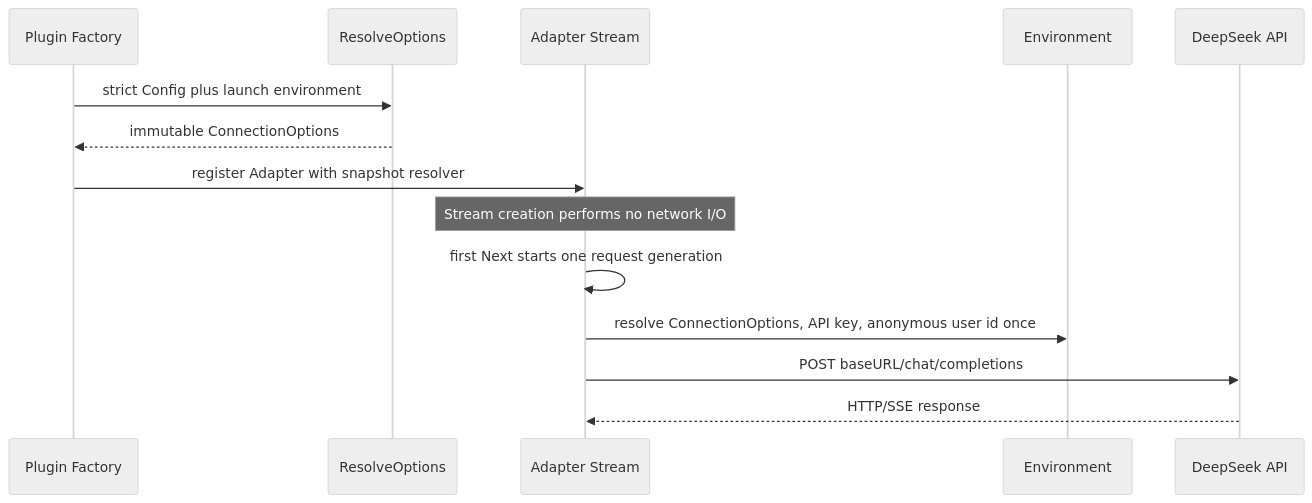
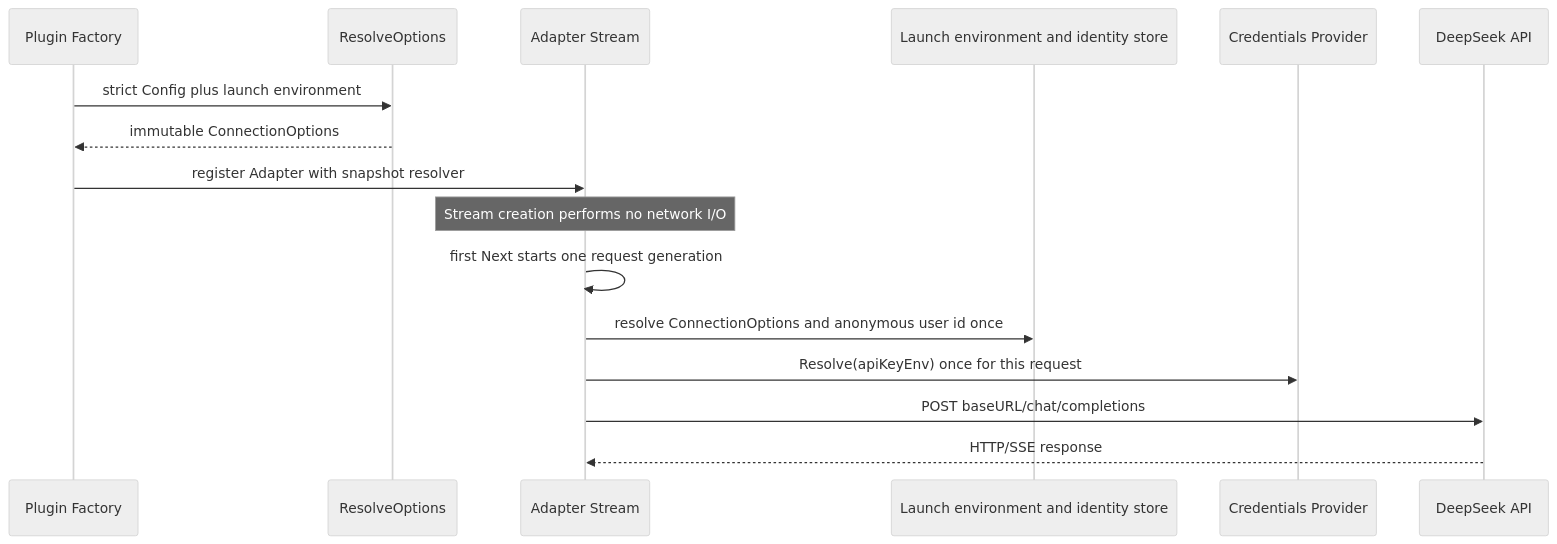
Before and after one commit to gorenx/goren: the second of 4 diagrams in internal/llmdeepseek/README.zh-CN.md, drawn with Mermaid (neutral theme). The commit also changed other lines of this file and 15 other files, not shown here.

Commit message:
docs: define credentials ownership and flow

````diff
--- a/internal/llmdeepseek/README.zh-CN.md
+++ b/internal/llmdeepseek/README.zh-CN.md
@@ -88,17 +89,19 @@
 ```mermaid
 sequenceDiagram
     participant C as Plugin Factory
     participant R as ResolveOptions
     participant A as Adapter Stream
-    participant E as Environment
+    participant E as Launch environment and identity store
+    participant K as Credentials Provider
     participant D as DeepSeek API
 
     C->>R: strict Config plus launch environment
     R-->>C: immutable ConnectionOptions
     C->>A: register Adapter with snapshot resolver
     Note over A: Stream creation performs no network I/O
     A->>A: first Next starts one request generation
-    A->>E: resolve ConnectionOptions, API key, anonymous user id once
+    A->>E: resolve ConnectionOptions and anonymous user id once
+    A->>K: Resolve(apiKeyEnv) once for this request
     A->>D: POST baseURL/chat/completions
     D-->>A: HTTP/SSE response
 ```
````
